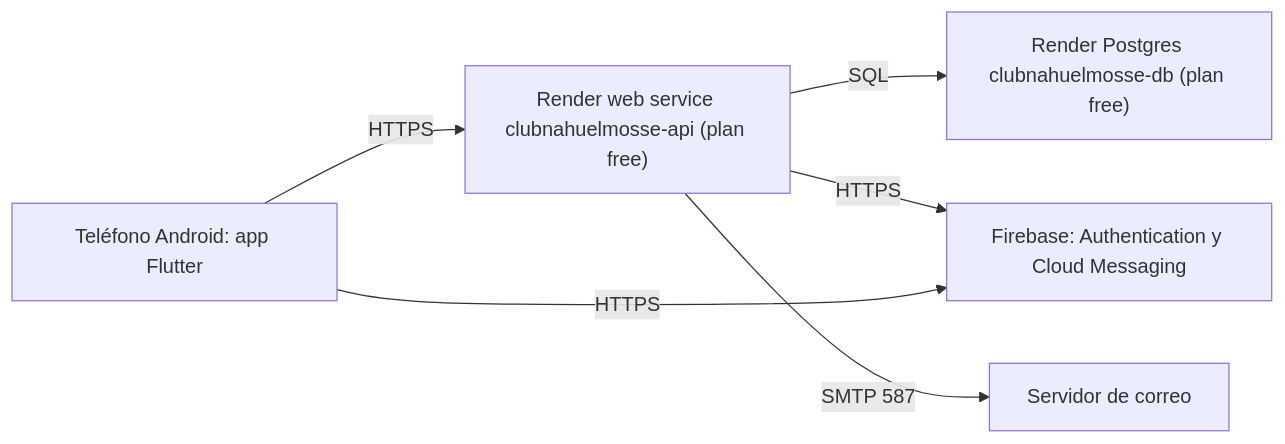
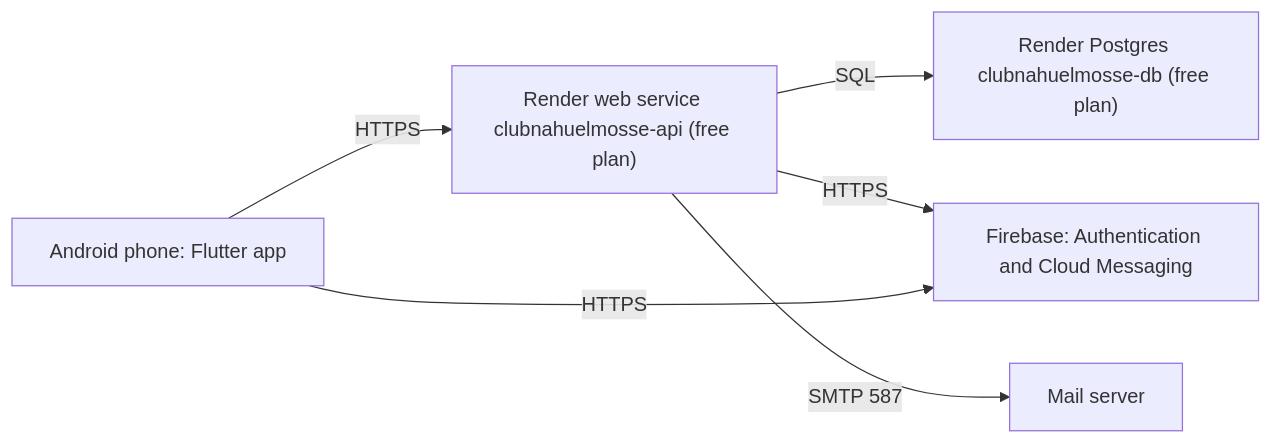
One commit to NahuelMosse/ClubNahuelMosse changed the third of 3 diagrams in docs/technical/system-design.md. Above: the diagram before and after it, drawn with Mermaid. The commit also changed other lines of this file and 13 other files, not shown here.

````diff
--- a/docs/technical/system-design.md
+++ b/docs/technical/system-design.md
@@ -58,8 +58,8 @@
 ```mermaid
 flowchart LR
-  telefono["Teléfono Android: app Flutter"] -->|HTTPS| web["Render web service clubnahuelmosse-api (plan free)"]
-  web -->|SQL| pg["Render Postgres clubnahuelmosse-db (plan free)"]
-  web -->|HTTPS| fb["Firebase: Authentication y Cloud Messaging"]
-  web -->|SMTP 587| smtp["Servidor de correo"]
+  telefono["Android phone: Flutter app"] -->|HTTPS| web["Render web service clubnahuelmosse-api (free plan)"]
+  web -->|SQL| pg["Render Postgres clubnahuelmosse-db (free plan)"]
+  web -->|HTTPS| fb["Firebase: Authentication and Cloud Messaging"]
+  web -->|SMTP 587| smtp["Mail server"]
   telefono -->|HTTPS| fb
 ```
````
